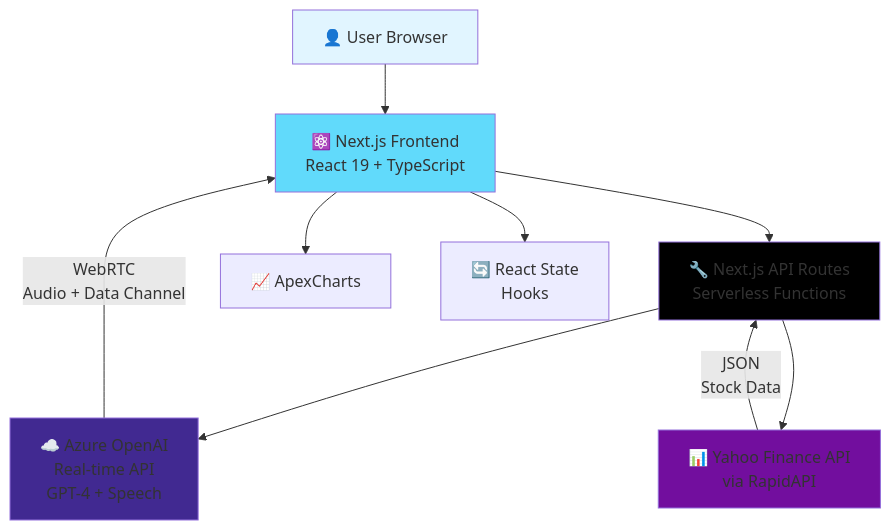
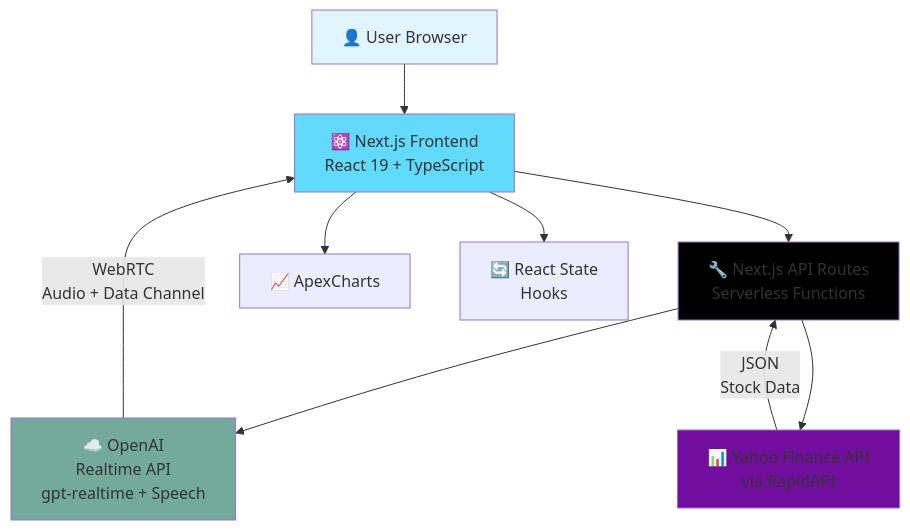
One commit to KabeerThockchom/portfolio-ai-nxt changed the first of 4 diagrams in README.md. Above: the diagram before and after it, drawn with Mermaid. The commit also changed other lines of this file and 5 other files, not shown here.

````diff
--- a/README.md
+++ b/README.md
@@ -182,20 +182,20 @@
 ```mermaid
 graph TB
     User[👤 User Browser] --> UI[⚛️ Next.js Frontend<br/>React 19 + TypeScript]
     UI --> API[🔧 Next.js API Routes<br/>Serverless Functions]
 
-    API --> Azure[☁️ Azure OpenAI<br/>Real-time API<br/>GPT-4 + Speech]
+    API --> OpenAI[☁️ OpenAI<br/>Realtime API<br/>gpt-realtime + Speech]
     API --> Yahoo[📊 Yahoo Finance API<br/>via RapidAPI]
 
-    Azure --> |WebRTC<br/>Audio + Data Channel| UI
+    OpenAI --> |WebRTC<br/>Audio + Data Channel| UI
     Yahoo --> |JSON<br/>Stock Data| API
 
     UI --> Charts[📈 ApexCharts]
     UI --> State[🔄 React State<br/>Hooks]
 
     style User fill:#e1f5ff
     style UI fill:#61dafb
     style API fill:#000000
-    style Azure fill:#412991
+    style OpenAI fill:#74aa9c
     style Yahoo fill:#720e9e
 ```
````
